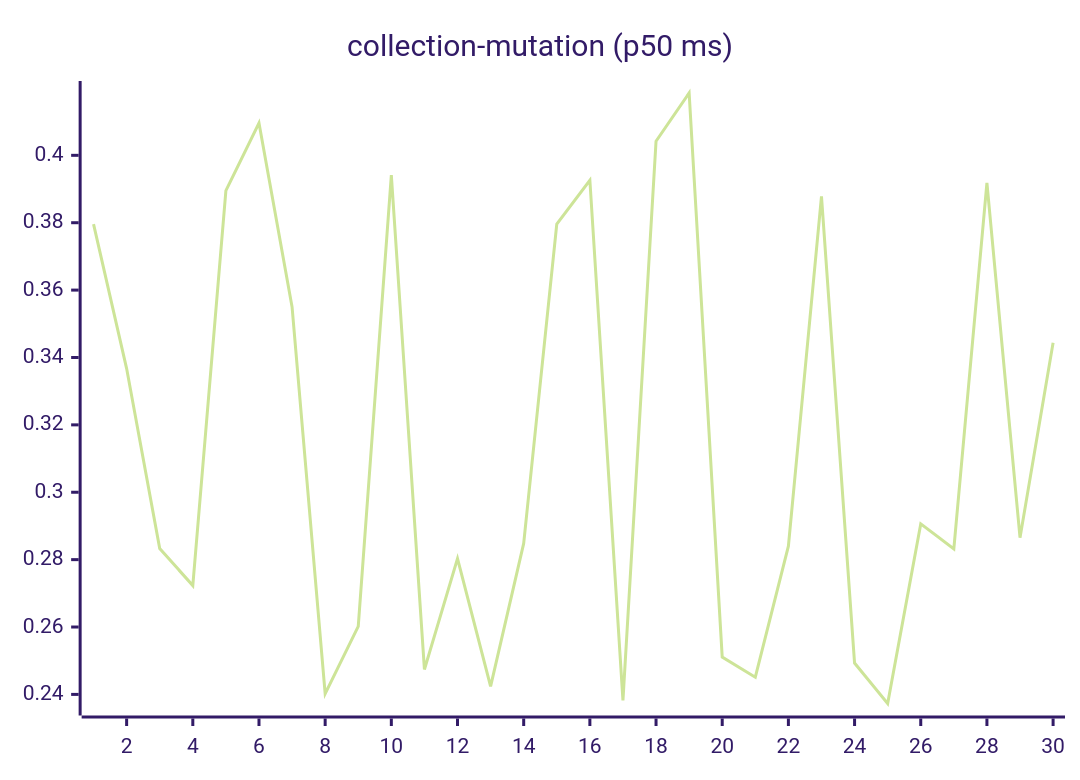
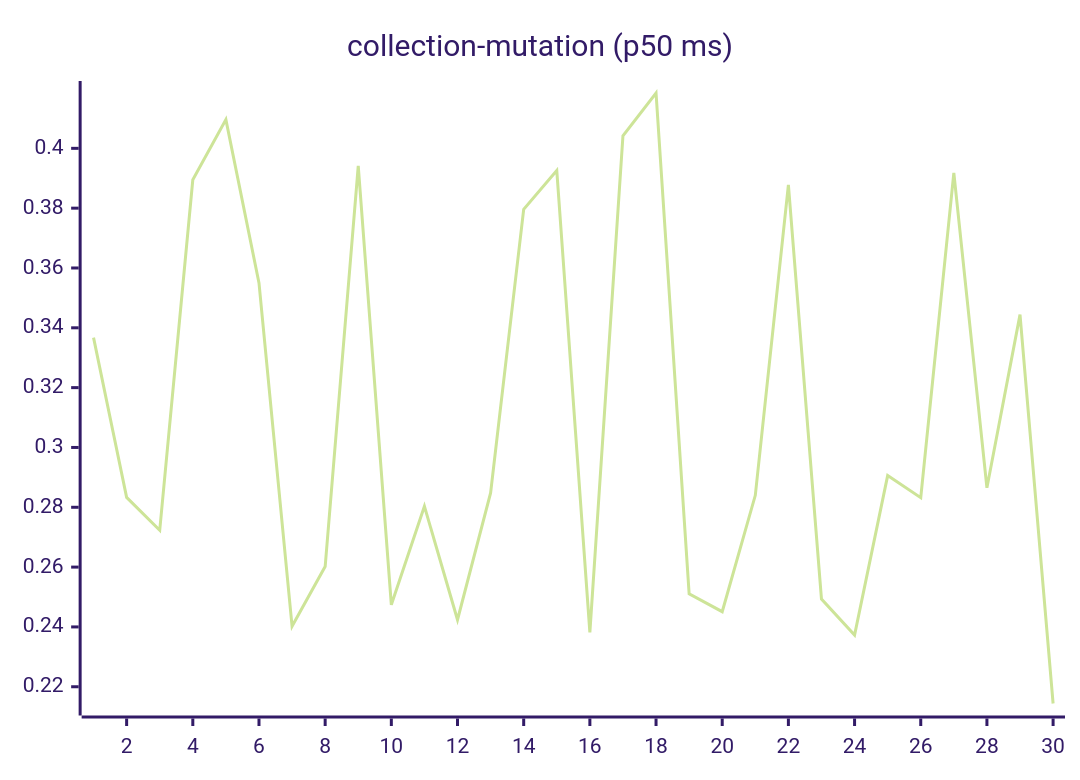
The sixth of 27 diagrams in README.md (josha/Facet), drawn with Mermaid (forest theme) before and after one commit. The commit also changed other lines of this file and 2 other files, not shown here.

````diff
--- a/README.md
+++ b/README.md
@@ -98,6 +98,6 @@
 ```mermaid
 xychart-beta
     title "collection-mutation (p50 ms)"
     x-axis 1 --> 30
-    line [0.3796, 0.3367, 0.2833, 0.2723, 0.3895, 0.4096, 0.3550, 0.2402, 0.2602, 0.3941, 0.2474, 0.2803, 0.2424, 0.2848, 0.3796, 0.3926, 0.2382, 0.4042, 0.4185, 0.2511, 0.2451, 0.2840, 0.3878, 0.2493, 0.2373, 0.2906, 0.2832, 0.3918, 0.2865, 0.3444]
+    line [0.3367, 0.2833, 0.2723, 0.3895, 0.4096, 0.3550, 0.2402, 0.2602, 0.3941, 0.2474, 0.2803, 0.2424, 0.2848, 0.3796, 0.3926, 0.2382, 0.4042, 0.4185, 0.2511, 0.2451, 0.2840, 0.3878, 0.2493, 0.2373, 0.2906, 0.2832, 0.3918, 0.2865, 0.3444, 0.2144]
 ```
````
